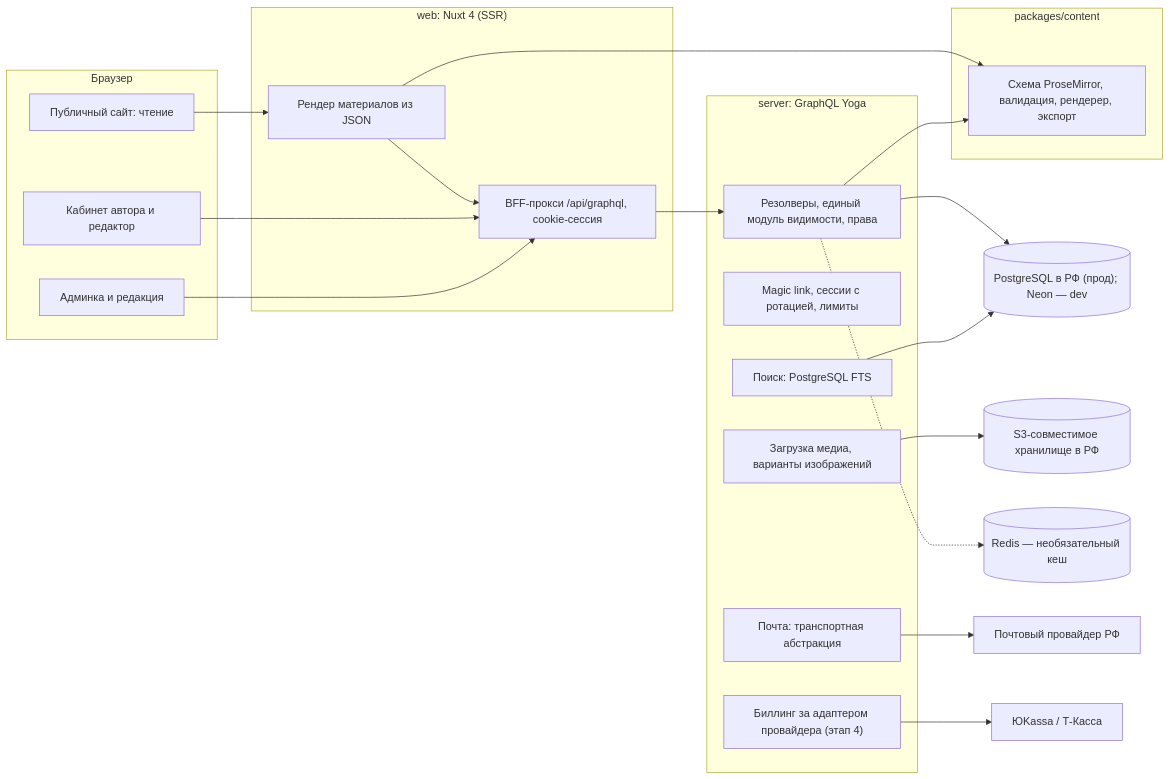
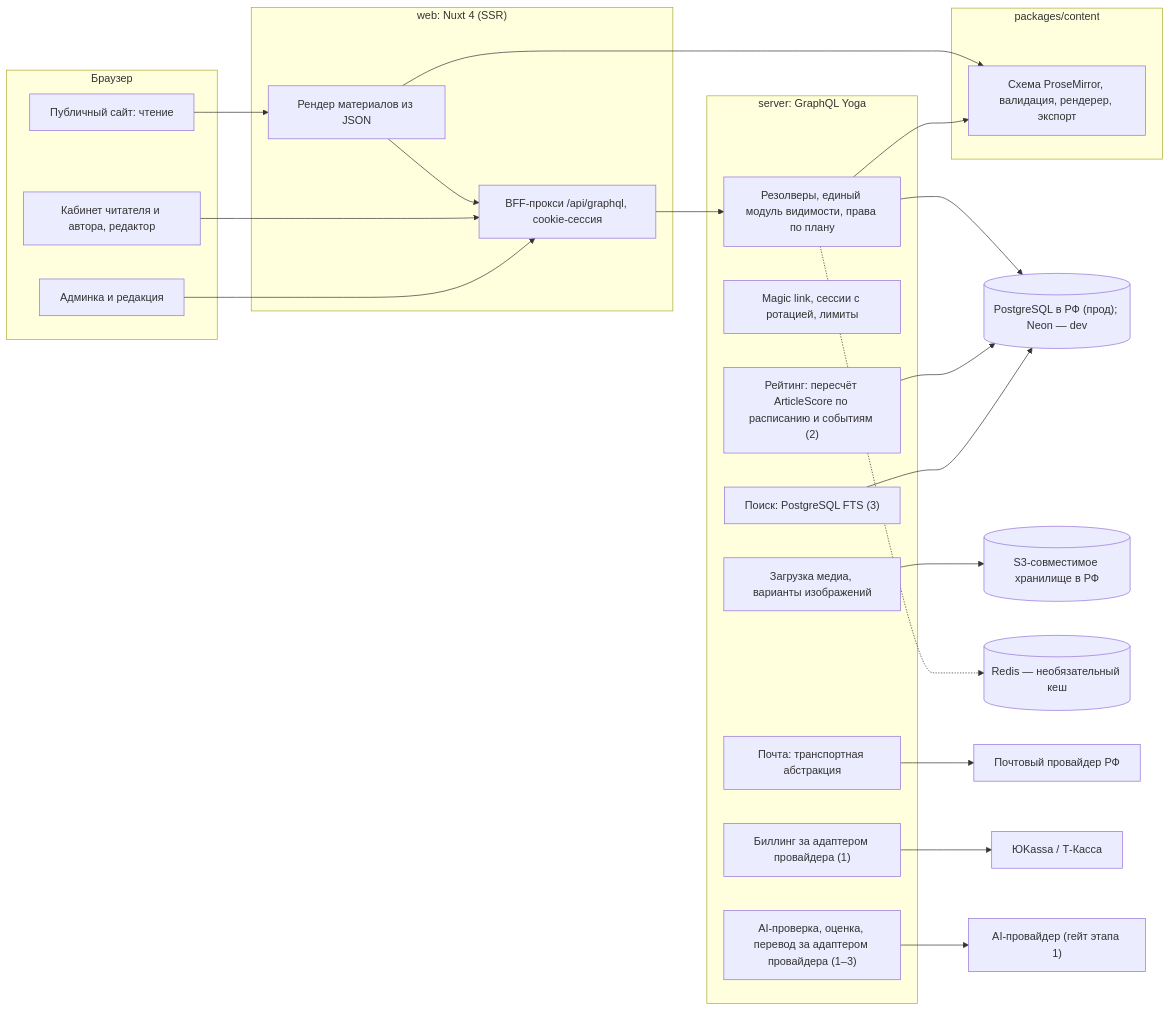
The diagram in docs/vision/02-target-architecture.md (Egoka/Altera), drawn with Mermaid before and after one commit. The commit also changed other lines of this file and 18 other files, not shown here.

First line of the commit message:
docs(vision): revision 2 of product, roles, design system, commerce, architecture; roadmap revision 2

````diff
--- a/docs/vision/02-target-architecture.md
+++ b/docs/vision/02-target-architecture.md
@@ -33,40 +41,45 @@
 ```mermaid
 flowchart LR
   subgraph Client["Браузер"]
     Pub["Публичный сайт: чтение"]
-    Cab["Кабинет автора и редактор"]
+    Cab["Кабинет читателя и автора, редактор"]
     Adm["Админка и редакция"]
   end
   subgraph Nuxt["web: Nuxt 4 (SSR)"]
     BFF["BFF-прокси /api/graphql, cookie-сессия"]
     Render["Рендер материалов из JSON"]
   end
   subgraph Content["packages/content"]
     Schema["Схема ProseMirror, валидация, рендерер, экспорт"]
   end
   subgraph API["server: GraphQL Yoga"]
-    Res["Резолверы, единый модуль видимости, права"]
+    Res["Резолверы, единый модуль видимости, права по плану"]
     Auth["Magic link, сессии с ротацией, лимиты"]
     Media["Загрузка медиа, варианты изображений"]
-    Search["Поиск: PostgreSQL FTS"]
-    Bill["Биллинг за адаптером провайдера (этап 4)"]
+    Search["Поиск: PostgreSQL FTS (3)"]
+    Bill["Биллинг за адаптером провайдера (1)"]
+    Rank["Рейтинг: пересчёт ArticleScore по расписанию и событиям (2)"]
+    AI["AI-проверка, оценка, перевод за адаптером провайдера (1–3)"]
     Mail["Почта: транспортная абстракция"]
   end
   PG[("PostgreSQL в РФ (прод); Neon — dev")]
   S3[("S3-совместимое хранилище в РФ")]
   RedisC[("Redis — необязательный кеш")]
   MailP["Почтовый провайдер РФ"]
   PSP["ЮKassa / Т-Касса"]
+  LLM["AI-провайдер (гейт этапа 1)"]
 
   Pub --> Render --> BFF --> Res
   Cab --> BFF
   Adm --> BFF
   Render --> Schema
   Res --> Schema
   Res --> PG
   Res -.-> RedisC
   Media --> S3
   Mail --> MailP
   Bill --> PSP
+  AI --> LLM
+  Rank --> PG
   Search --> PG
 ```
````
